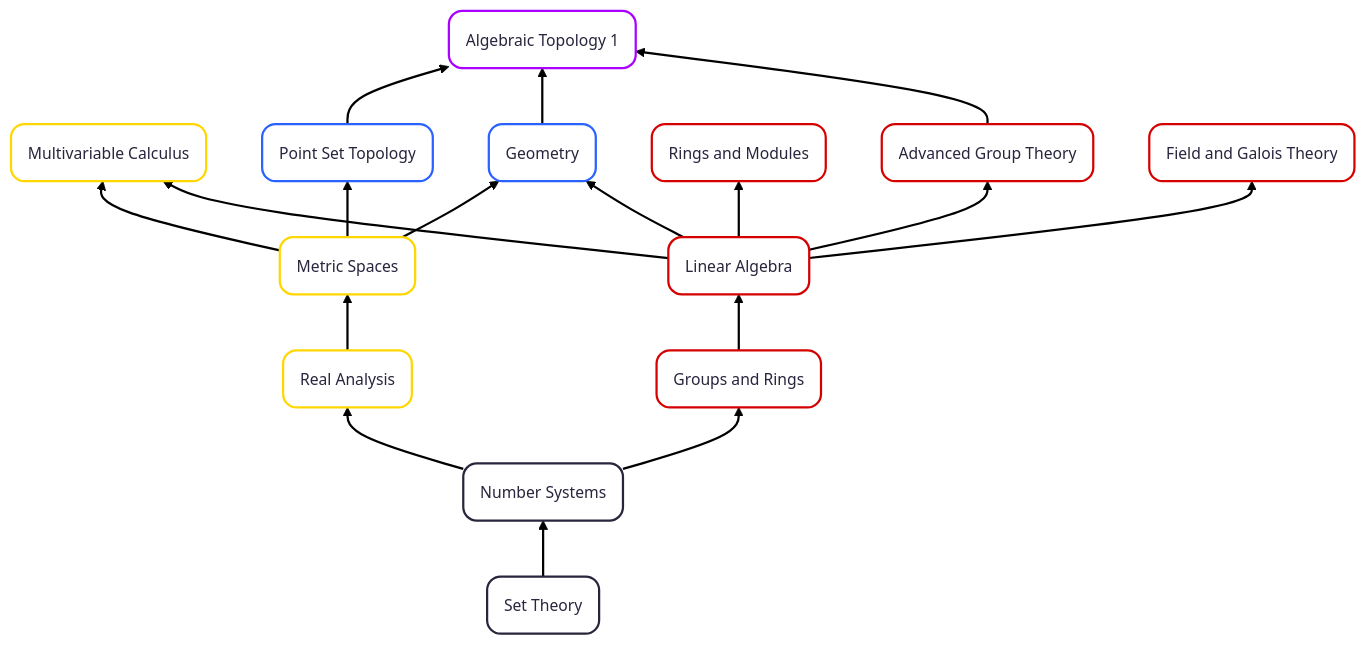
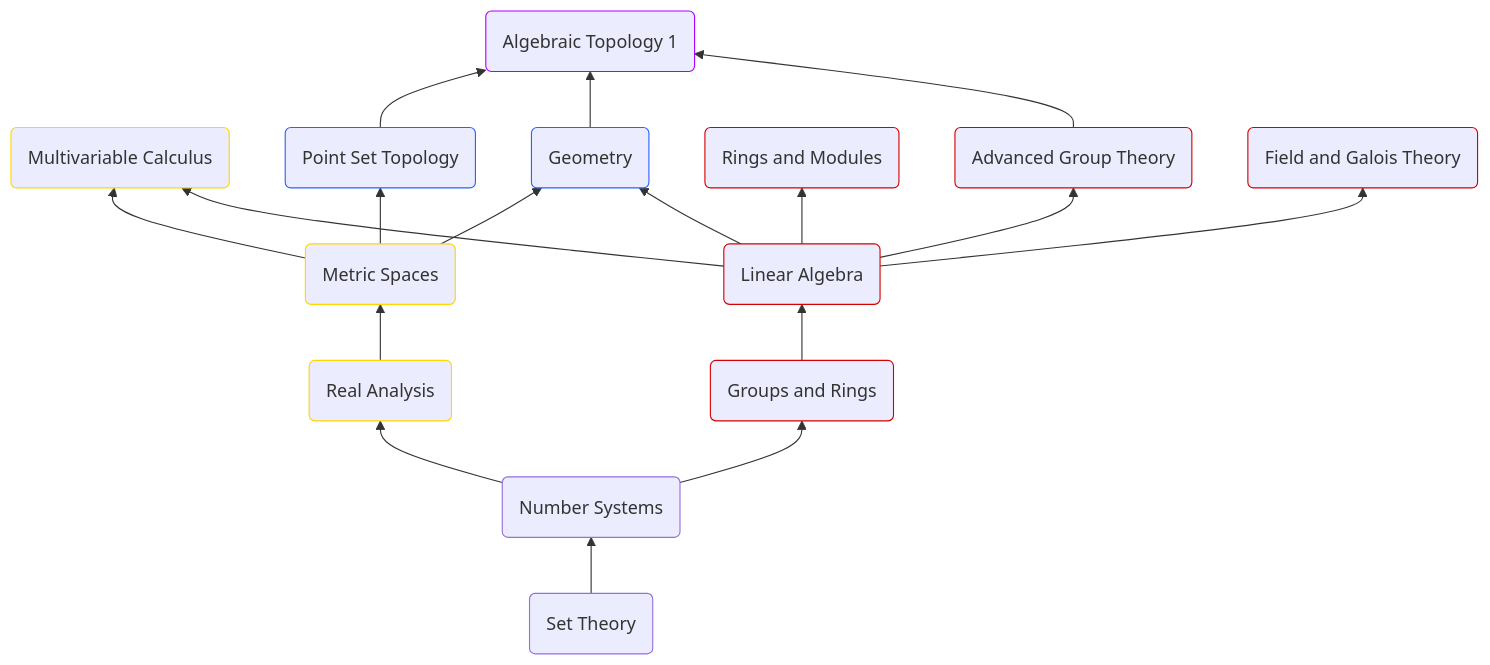
The diagram in README.md (Labix-Liu/Notes), drawn with Mermaid before and after one commit.

````diff
--- a/README.md
+++ b/README.md
@@ -1,36 +1,32 @@
 ```mermaid
----
-config:
-  theme: redux
----
 flowchart BT
     A("Set Theory") --> B("Number Systems")
     B --> C("Real Analysis") & D("Groups and Rings")
     C --> E("Metric Spaces")
     D --> F("Linear Algebra")
     E --> G("Multivariable Calculus") & H("Point Set Topology") & I("Geometry")
     F --> G & I & J("Rings and Modules") & K("Advanced Group Theory") & L("Field and Galois Theory")
     H --> M("Algebraic Topology 1")
     I --> M
     K --> M
      C:::Analysis
      D:::Algebra
      E:::Analysis
      F:::Algebra
      G:::Analysis
      H:::Class_01
      H:::TopologyGeometry
      H:::TopGeo
      I:::Class_01
      I:::TopologyGeometry
      I:::TopGeo
      J:::Algebra
      K:::Algebra
      L:::Algebra
      M:::AlgTopGeo
     classDef Algebra stroke:#D50000
     classDef AlgTopGeo stroke:#AA00FF
     classDef TopGeo stroke:#2962FF
     classDef Analysis stroke:#FFD600
 
 ```
````
